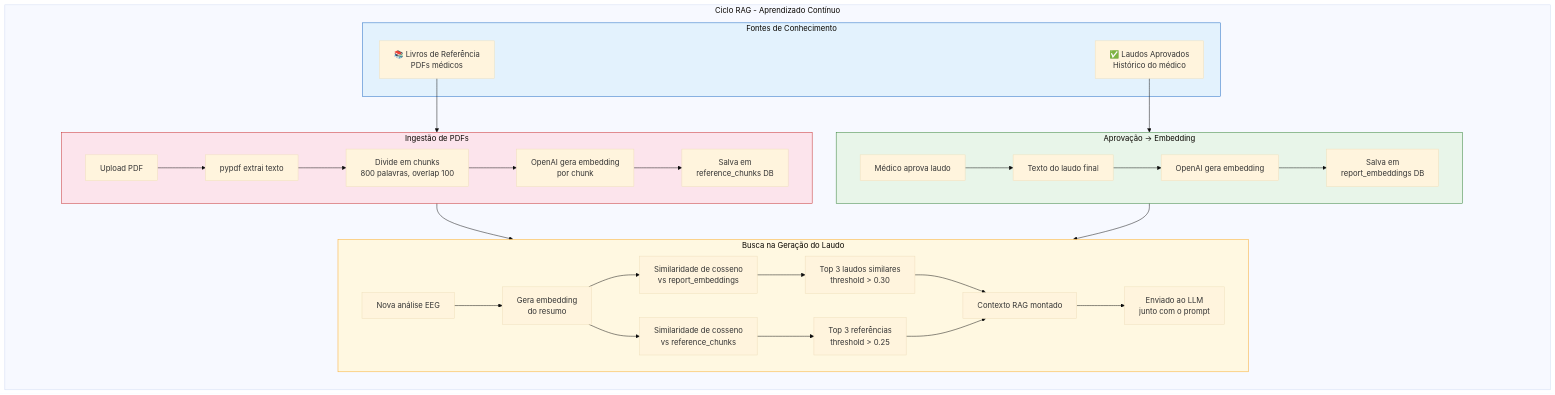
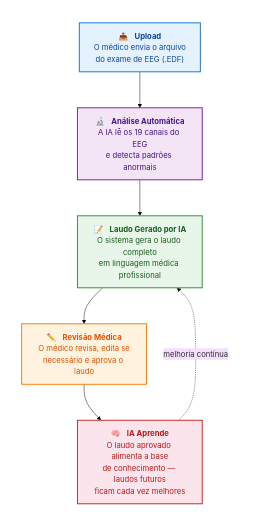
One commit to bife29/sistema_laudos changed the first of 8 diagrams in README_C4.md. Above: the diagram before and after it, drawn with Mermaid (base theme). The commit also changed other lines of this file, not shown here.

Commit message:
docs: redesign README_C4 com diagramas modernos e visão para não-técnicos

````diff
--- a/README_C4.md
+++ b/README_C4.md
@@ -202,45 +25,22 @@
 ```mermaid
-flowchart TD
-    subgraph RAG ["Ciclo RAG - Aprendizado Contínuo"]
+flowchart TB
+    subgraph JORNADA [" "]
         direction TB
+        
+        S1["📤 &nbsp; <b>Upload</b><br/>O médico envia o arquivo<br/>do exame de EEG (.EDF)"]
+        S2["🔬 &nbsp; <b>Análise Automática</b><br/>A IA lê os 19 canais do EEG<br/>e detecta padrões anormais"]
+        S3["📝 &nbsp; <b>Laudo Gerado por IA</b><br/>O sistema gera o laudo completo<br/>em linguagem médica profissional"]
+        S4["✏️ &nbsp; <b>Revisão Médica</b><br/>O médico revisa, edita se<br/>necessário e aprova o laudo"]
+        S5["🧠 &nbsp; <b>IA Aprende</b><br/>O laudo aprovado alimenta a base<br/>de conhecimento — laudos futuros<br/>ficam cada vez melhores"]
 
-        subgraph FONTES ["Fontes de Conhecimento"]
-            F1[📚 Livros de Referência<br/>PDFs médicos]
-            F2[✅ Laudos Aprovados<br/>Histórico do médico]
-        end
-
-        subgraph INGESTAO ["Ingestão de PDFs"]
-            I1[Upload PDF] --> I2[pypdf extrai texto]
-            I2 --> I3[Divide em chunks<br/>800 palavras, overlap 100]
-            I3 --> I4[OpenAI gera embedding<br/>por chunk]
-            I4 --> I5[Salva em<br/>reference_chunks DB]
-        end
-
-        subgraph APROVACAO_EMB ["Aprovação → Embedding"]
-            A1[Médico aprova laudo] --> A2[Texto do laudo final]
-            A2 --> A3[OpenAI gera embedding]
-            A3 --> A4[Salva em<br/>report_embeddings DB]
-        end
-
-        subgraph BUSCA ["Busca na Geração do Laudo"]
-            B1[Nova análise EEG] --> B2[Gera embedding<br/>do resumo]
-            B2 --> B3[Similaridade de cosseno<br/>vs report_embeddings]
-            B2 --> B4[Similaridade de cosseno<br/>vs reference_chunks]
-            B3 --> B5[Top 3 laudos similares<br/>threshold > 0.30]
-            B4 --> B6[Top 3 referências<br/>threshold > 0.25]
-            B5 --> B7[Contexto RAG montado]
-            B6 --> B7
-            B7 --> B8[Enviado ao LLM<br/>junto com o prompt]
-        end
-
-        F1 --> INGESTAO
-        F2 --> APROVACAO_EMB
-        INGESTAO --> BUSCA
-        APROVACAO_EMB --> BUSCA
+        S1 --> S2 --> S3 --> S4 --> S5
+        S5 -.->|"melhoria contínua"| S3
     end
 
-    style FONTES fill:#e3f2fd,stroke:#1565c0
-    style INGESTAO fill:#fce4ec,stroke:#c62828
-    style APROVACAO_EMB fill:#e8f5e9,stroke:#2e7d32
-    style BUSCA fill:#fff8e1,stroke:#f9a825
+    style S1 fill:#e3f2fd,stroke:#1976d2,stroke-width:2px,color:#0d47a1
+    style S2 fill:#f3e5f5,stroke:#7b1fa2,stroke-width:2px,color:#4a148c
+    style S3 fill:#e8f5e9,stroke:#388e3c,stroke-width:2px,color:#1b5e20
+    style S4 fill:#fff3e0,stroke:#f57c00,stroke-width:2px,color:#e65100
+    style S5 fill:#fce4ec,stroke:#c62828,stroke-width:2px,color:#b71c1c
+    style JORNADA fill:transparent,stroke:none
 ```
````
